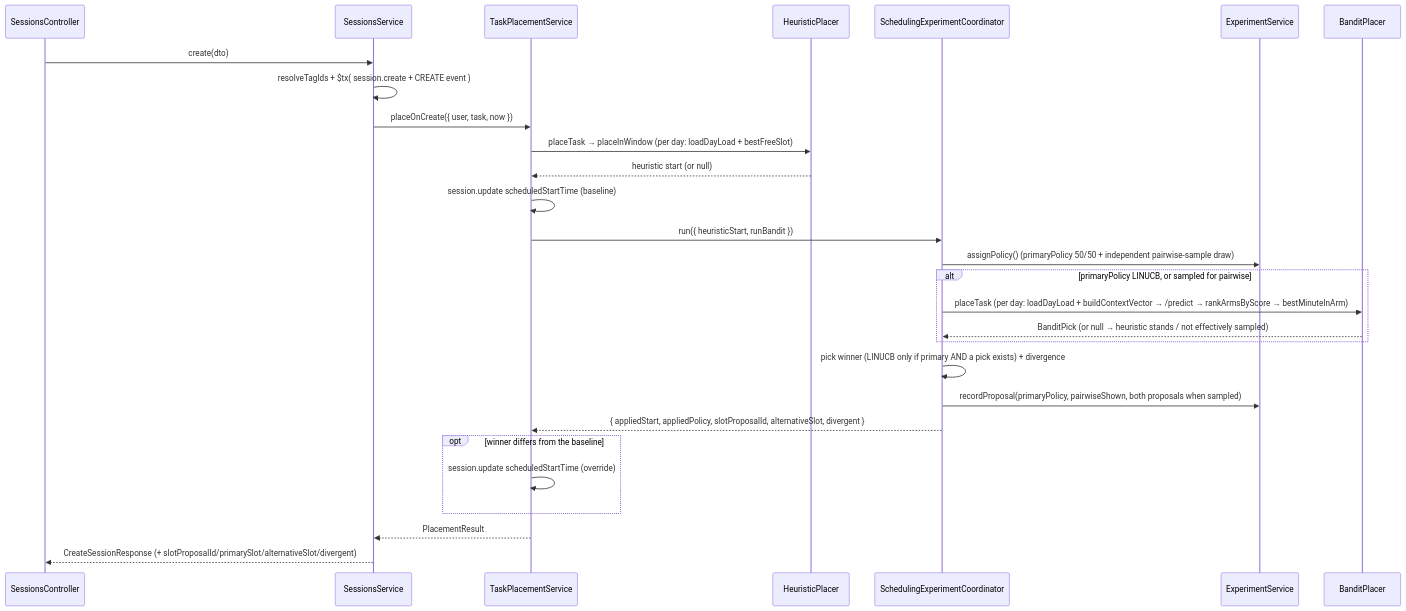
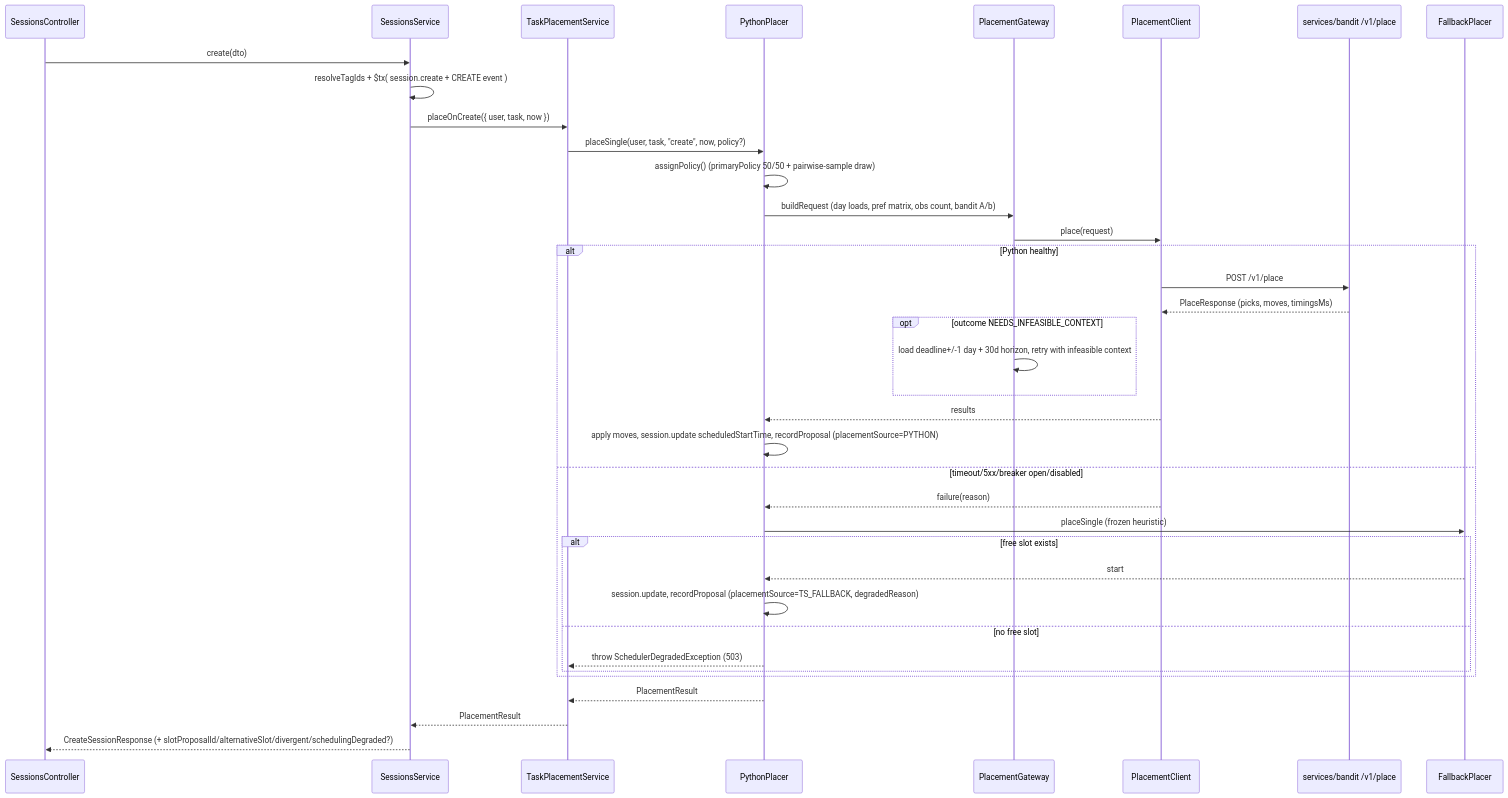
The second of 6 diagrams in backend/README.md (tryzenflow/zenflow), drawn with Mermaid before and after one commit. The commit also changed other lines of this file and 39 other files, not shown here.

````diff
--- a/backend/README.md
+++ b/backend/README.md
@@ -831,30 +813,39 @@
 ```mermaid
 sequenceDiagram
   participant C as SessionsController
   participant S as SessionsService
   participant T as TaskPlacementService
-  participant H as HeuristicPlacer
-  participant X as SchedulingExperimentCoordinator
-  participant E as ExperimentService
-  participant B as BanditPlacer
+  participant P as PythonPlacer
+  participant G as PlacementGateway
+  participant PC as PlacementClient
+  participant PY as services/bandit /v1/place
+  participant FB as FallbackPlacer
   C->>S: create(dto)
   S->>S: resolveTagIds + $tx( session.create + CREATE event )
   S->>T: placeOnCreate({ user, task, now })
-  T->>H: placeTask → placeInWindow (per day: loadDayLoad + bestFreeSlot)
-  H-->>T: heuristic start (or null)
-  T->>T: session.update scheduledStartTime (baseline)
-  T->>X: run({ heuristicStart, runBandit })
-  X->>E: assignPolicy()  (primaryPolicy 50/50 + independent pairwise-sample draw)
-  alt primaryPolicy LINUCB, or sampled for pairwise
-    X->>B: placeTask (per day: loadDayLoad + buildContextVector → /predict → rankArmsByScore → bestMinuteInArm)
-    B-->>X: BanditPick (or null → heuristic stands / not effectively sampled)
+  T->>P: placeSingle(user, task, "create", now, policy?)
+  P->>P: assignPolicy() (primaryPolicy 50/50 + pairwise-sample draw)
+  P->>G: buildRequest (day loads, pref matrix, obs count, bandit A/b)
+  G->>PC: place(request)
+  alt Python healthy
+    PC->>PY: POST /v1/place
+    PY-->>PC: PlaceResponse (picks, moves, timingsMs)
+    opt outcome NEEDS_INFEASIBLE_CONTEXT
+      G->>G: load deadline+/-1 day + 30d horizon, retry with infeasible context
+    end
+    PC-->>P: results
+    P->>P: apply moves, session.update scheduledStartTime, recordProposal (placementSource=PYTHON)
+  else timeout/5xx/breaker open/disabled
+    PC-->>P: failure(reason)
+    P->>FB: placeSingle (frozen heuristic)
+    alt free slot exists
+      FB-->>P: start
+      P->>P: session.update, recordProposal (placementSource=TS_FALLBACK, degradedReason)
+    else no free slot
+      P-->>T: throw SchedulerDegradedException (503)
+    end
   end
-  X->>X: pick winner (LINUCB only if primary AND a pick exists) + divergence
-  X->>E: recordProposal(primaryPolicy, pairwiseShown, both proposals when sampled)
-  X-->>T: { appliedStart, appliedPolicy, slotProposalId, alternativeSlot, divergent }
-  opt winner differs from the baseline
-    T->>T: session.update scheduledStartTime (override)
-  end
+  P-->>T: PlacementResult
   T-->>S: PlacementResult
-  S-->>C: CreateSessionResponse (+ slotProposalId/primarySlot/alternativeSlot/divergent)
+  S-->>C: CreateSessionResponse (+ slotProposalId/alternativeSlot/divergent/schedulingDegraded?)
 ```
````
